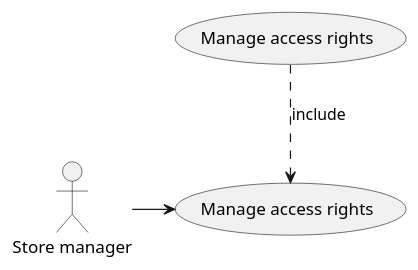
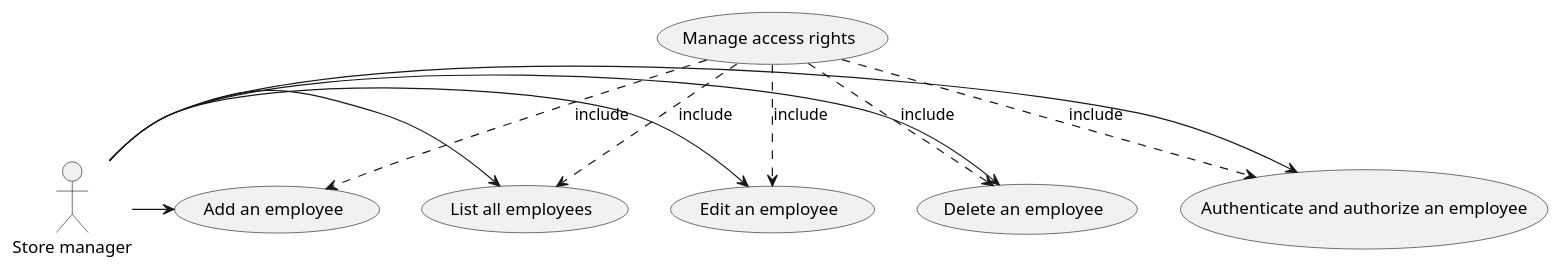
One commit to polito-se2-21-r03/se1-ezshop changed the second of 12 diagrams in Deliverables/RequirementsDocument.md. Above: the diagram before and after it, drawn with PlantUML.

Commit message:
use case diagram 1 upgreated

````diff
--- a/Deliverables/RequirementsDocument.md
+++ b/Deliverables/RequirementsDocument.md
@@ -196,9 +196,21 @@
 ```plantuml
 "Store manager" as StoreManager
 (Manage access rights) as FR1
-(Manage access rights) as UC1
+(Add an employee) as UC1.1
+(List all employees) as UC1.2
+(Edit an employee) as UC1.3
+(Delete an employee) as UC1.4
+(Authenticate and authorize an employee) as UC1.5
 
-FR1 ..> UC1 :include
+FR1 ..> UC1.1 :include
+FR1 ..> UC1.2 :include
+FR1 ..> UC1.3 :include
+FR1 ..> UC1.4 :include
+FR1 ..> UC1.5 :include
 
-StoreManager -> UC1
+StoreManager -> UC1.1
+StoreManager -> UC1.2
+StoreManager -> UC1.3
+StoreManager -> UC1.4
+StoreManager -> UC1.5
 ```
````
